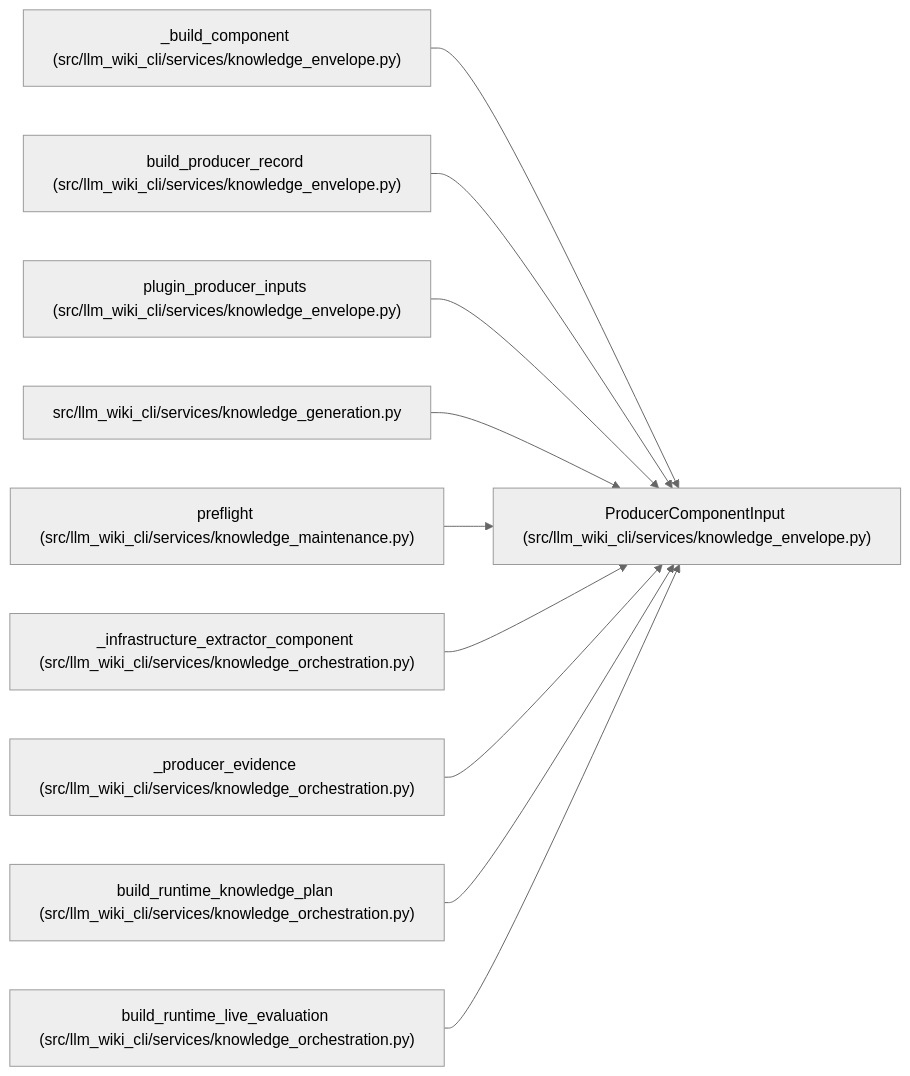
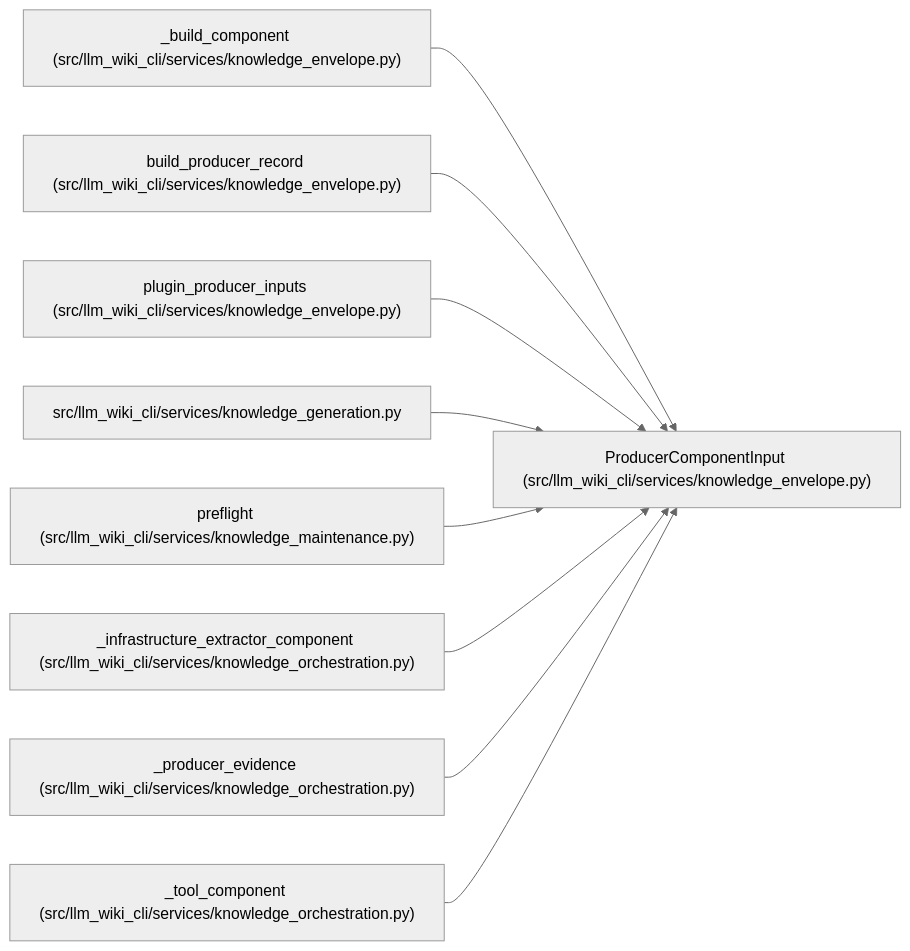
The diagram in docs/llm_wiki/entities/ProducerComponentInput.md (Denissvgn/python-wiki-llm), drawn with Mermaid (neutral theme) before and after one commit. The commit also changed other lines of this file and 391 other files, not shown here.

````diff
--- a/docs/llm_wiki/entities/ProducerComponentInput.md
+++ b/docs/llm_wiki/entities/ProducerComponentInput.md
@@ -35,32 +35,29 @@
 ```mermaid
 flowchart LR
     n0["ProducerComponentInput (src/llm_wiki_cli/services/knowledge_envelope.py)"]
     n1["_build_component (src/llm_wiki_cli/services/knowledge_envelope.py)"]
     n2["build_producer_record (src/llm_wiki_cli/services/knowledge_envelope.py)"]
     n3["plugin_producer_inputs (src/llm_wiki_cli/services/knowledge_envelope.py)"]
     n4["src/llm_wiki_cli/services/knowledge_generation.py"]
     n5["preflight (src/llm_wiki_cli/services/knowledge_maintenance.py)"]
     n6["_infrastructure_extractor_component (src/llm_wiki_cli/services/knowledge_orchestration.py)"]
     n7["_producer_evidence (src/llm_wiki_cli/services/knowledge_orchestration.py)"]
-    n8["build_runtime_knowledge_plan (src/llm_wiki_cli/services/knowledge_orchestration.py)"]
-    n9["build_runtime_live_evaluation (src/llm_wiki_cli/services/knowledge_orchestration.py)"]
+    n8["_tool_component (src/llm_wiki_cli/services/knowledge_orchestration.py)"]
     n1 --> n0
     n2 --> n0
     n3 --> n0
     n4 --> n0
     n5 --> n0
     n6 --> n0
     n7 --> n0
     n8 --> n0
-    n9 --> n0
     click n0 "../modules/knowledge_envelope.md"
     click n1 "../modules/knowledge_envelope.md"
     click n2 "../modules/knowledge_envelope.md"
     click n3 "../modules/knowledge_envelope.md"
     click n4 "../modules/knowledge_generation.md"
     click n5 "../modules/knowledge_maintenance.md"
     click n6 "../modules/knowledge_orchestration.md"
     click n7 "../modules/knowledge_orchestration.md"
     click n8 "../modules/knowledge_orchestration.md"
-    click n9 "../modules/knowledge_orchestration.md"
 ```
````
